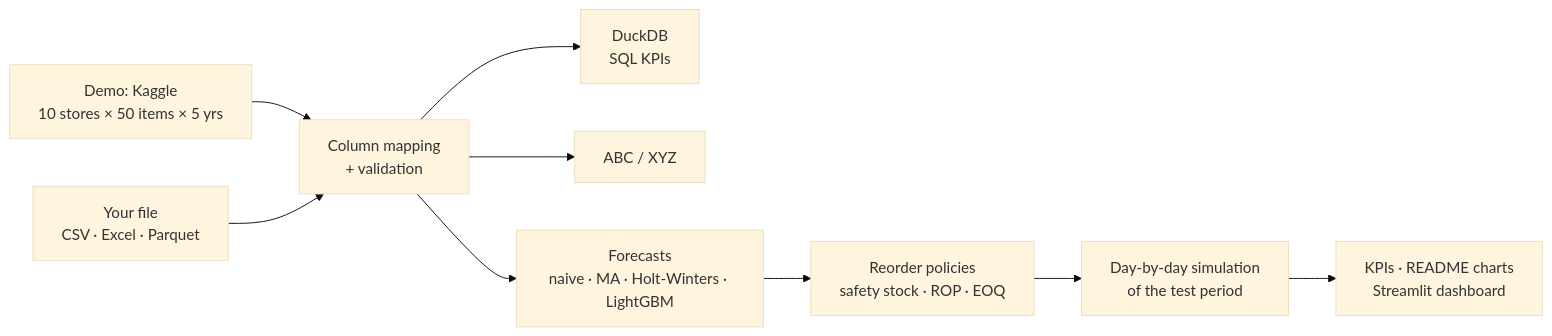
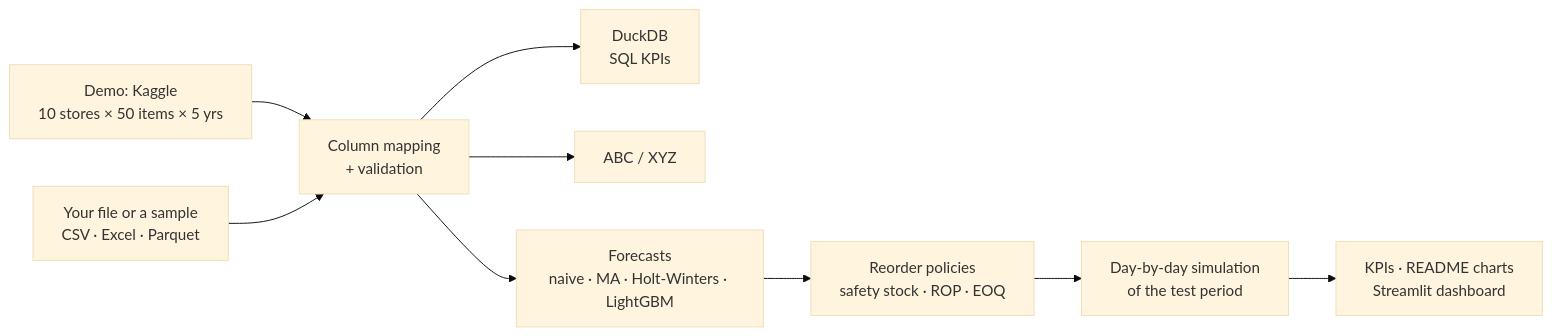
Before and after one commit to luca-g-pll/supply-chain-inventory-optimization: the diagram in README.md, drawn with Mermaid (base theme). The commit also changed other lines of this file and 31 other files, not shown here.

````diff
--- a/README.md
+++ b/README.md
@@ -52,11 +83,11 @@
 ```mermaid
 flowchart LR
     A1[Demo: Kaggle<br/>10 stores × 50 items × 5 yrs] --> V
-    A2[Your file<br/>CSV · Excel · Parquet] --> V[Column mapping<br/>+ validation]
+    A2[Your file or a sample<br/>CSV · Excel · Parquet] --> V[Column mapping<br/>+ validation]
     V --> B[DuckDB<br/>SQL KPIs]
     V --> C[ABC / XYZ]
     V --> D[Forecasts<br/>naive · MA · Holt-Winters · LightGBM]
     D --> E[Reorder policies<br/>safety stock · ROP · EOQ]
     E --> F[Day-by-day simulation<br/>of the test period]
     F --> G[KPIs · README charts<br/>Streamlit dashboard]
 ```
````
